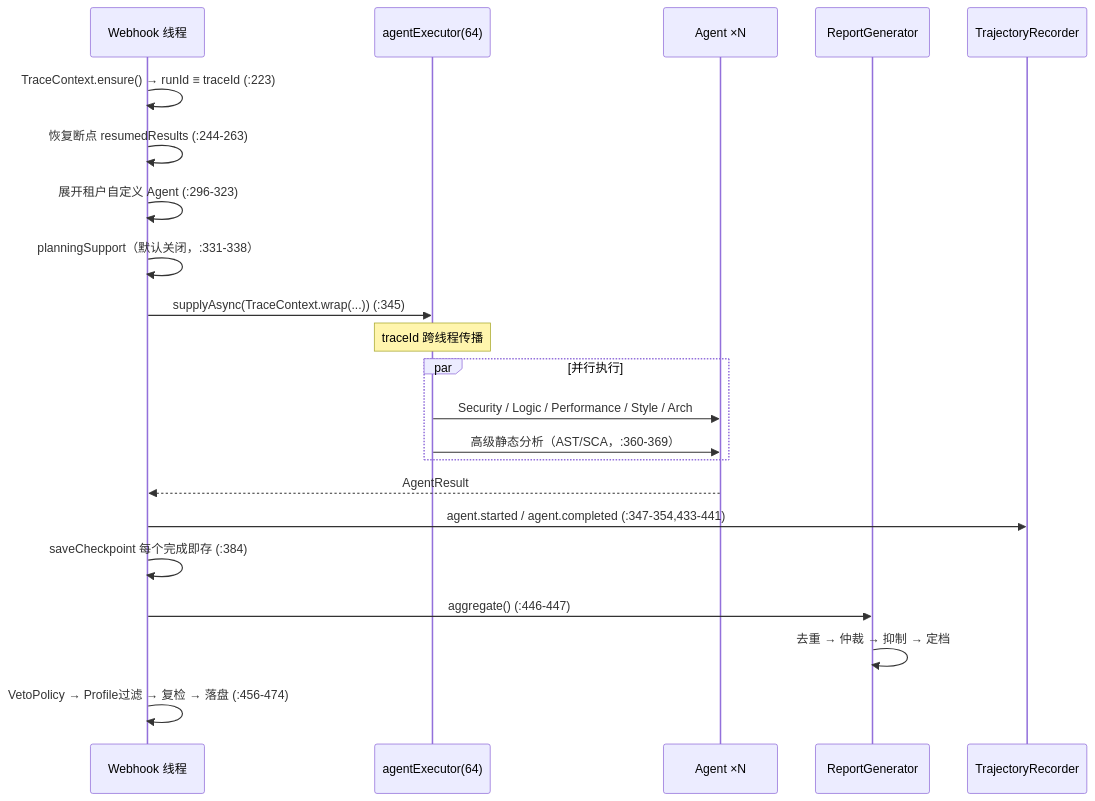
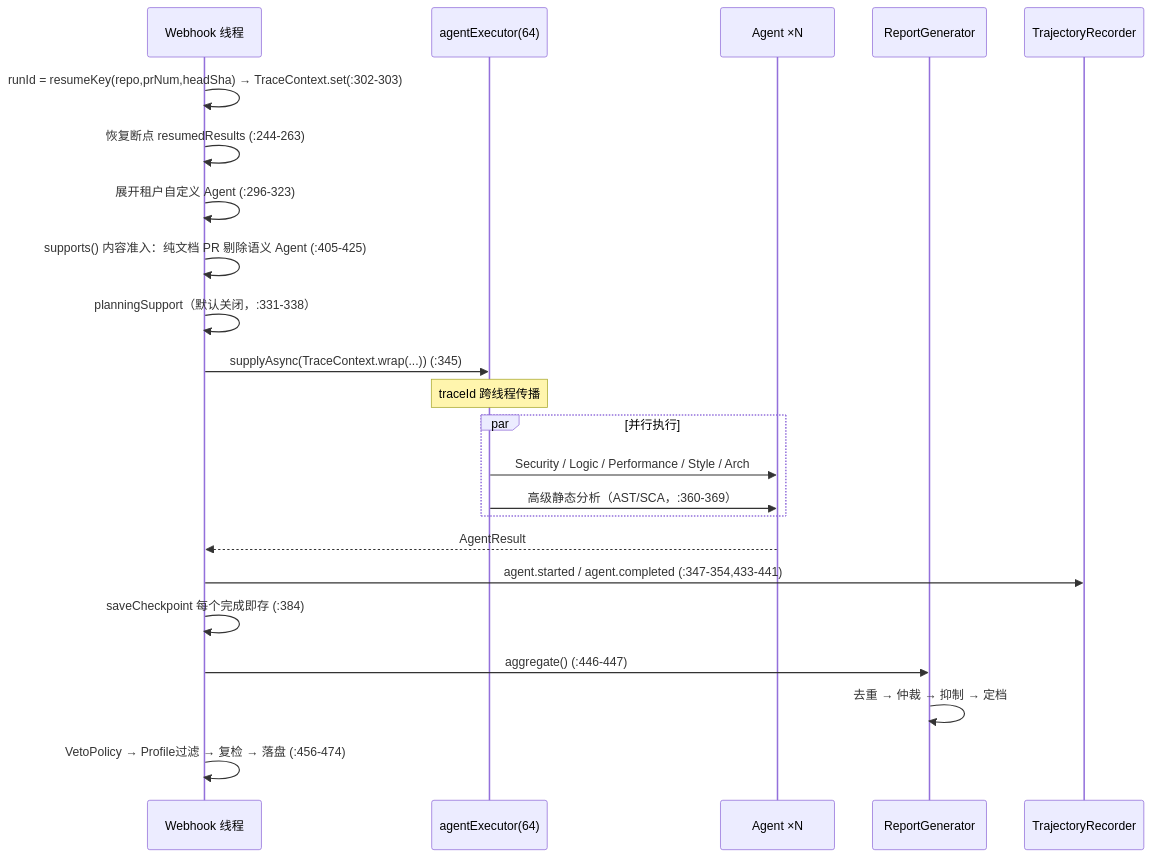
The second of 7 diagrams in docs/interview-walkthrough.md (13liyunfei/code-review-agent), drawn with Mermaid before and after one commit. The commit also changed other lines of this file and 24 other files, not shown here.

First line of the commit message:
fix(audit): 面试手册缺陷审计落地——supports 内容准入/diff 预算/指标端点/双平台幂等/配额竞态

````diff
--- a/docs/interview-walkthrough.md
+++ b/docs/interview-walkthrough.md
@@ -102,25 +102,26 @@
 ```mermaid
 sequenceDiagram
     participant WH as Webhook 线程
     participant EX as agentExecutor(64)
     participant A as Agent ×N
     participant AG as ReportGenerator
     participant TR as TrajectoryRecorder
 
-    WH->>WH: TraceContext.ensure() → runId ≡ traceId (:223)
+    WH->>WH: runId = resumeKey(repo,prNum,headSha) → TraceContext.set(:302-303)
     WH->>WH: 恢复断点 resumedResults (:244-263)
     WH->>WH: 展开租户自定义 Agent (:296-323)
+    WH->>WH: supports() 内容准入：纯文档 PR 剔除语义 Agent (:405-425)
     WH->>WH: planningSupport（默认关闭，:331-338）
     WH->>EX: supplyAsync(TraceContext.wrap(...)) (:345)
     Note over EX: traceId 跨线程传播
     par 并行执行
         EX->>A: Security / Logic / Performance / Style / Arch
         EX->>A: 高级静态分析（AST/SCA，:360-369）
     end
     A-->>WH: AgentResult
     WH->>TR: agent.started / agent.completed (:347-354,433-441)
     WH->>WH: saveCheckpoint 每个完成即存 (:384)
     WH->>AG: aggregate() (:446-447)
     AG->>AG: 去重 → 仲裁 → 抑制 → 定档
     WH->>WH: VetoPolicy → Profile过滤 → 复检 → 落盘 (:456-474)
 ```
````
